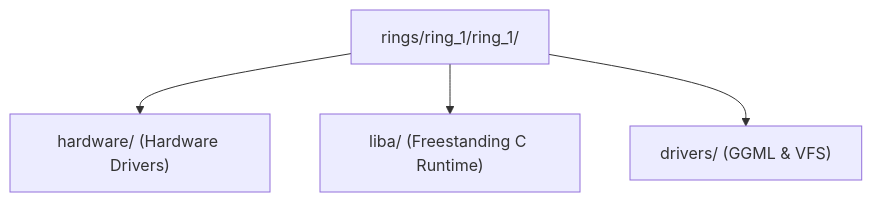
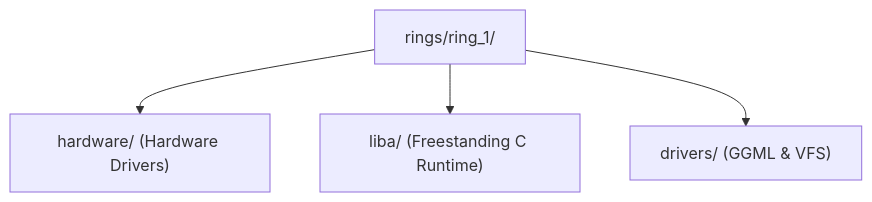
Before and after one commit to Heaplyn/Heaplit-OS: the first of 2 diagrams in obsidian_vault/rings/ring_1/README.md, drawn with Mermaid. The commit also changed other lines of this file and 169 other files, not shown here.

````diff
--- a/obsidian_vault/rings/ring_1/README.md
+++ b/obsidian_vault/rings/ring_1/README.md
@@ -27,6 +27,6 @@
 ```mermaid
 flowchart TD
-    R1["rings/ring_1/ring_1/"] --> HW["hardware/ (Hardware Drivers)"]
+    R1["rings/ring_1/"] --> HW["hardware/ (Hardware Drivers)"]
     R1 --> LIBA["liba/ (Freestanding C Runtime)"]
     R1 --> DRV["drivers/ (GGML & VFS)"]
 ```
````
